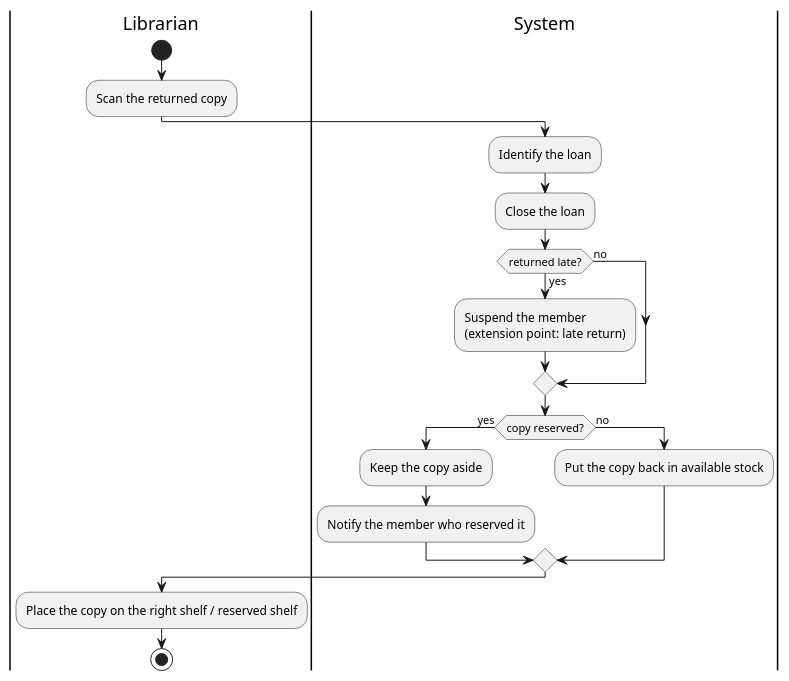
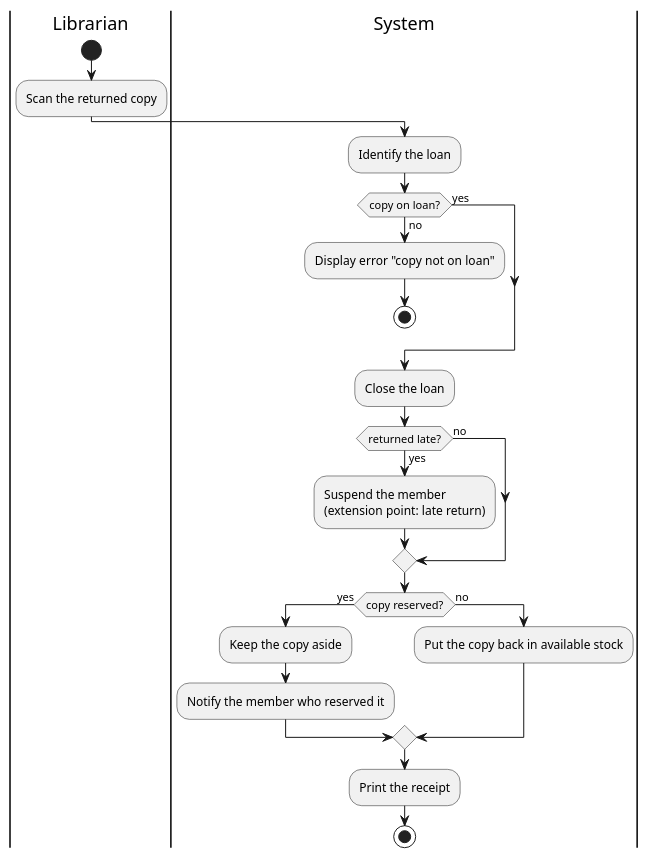
One commit to abdnnourgouadria-pixel/tp changed the diagram in docs/uml/register-return-activity.puml. Above: the diagram before and after it, drawn with PlantUML. The commit also changed 10 other files, not shown here.

Commit message:
Update UML files and screenshots

```diff
--- a/docs/uml/register-return-activity.puml
+++ b/docs/uml/register-return-activity.puml
@@ -1,21 +1,25 @@
 @startuml
 |Librarian|
 start
 :Scan the returned copy;
 |System|
 :Identify the loan;
+if (copy on loan?) then (yes)
+else (no)
+  :Display error "copy not on loan";
+  stop
+endif
 :Close the loan;
 if (returned late?) then (yes)
   :Suspend the member\n(extension point: late return);
 else (no)
 endif
 if (copy reserved?) then (yes)
   :Keep the copy aside;
   :Notify the member who reserved it;
 else (no)
   :Put the copy back in available stock;
 endif
-|Librarian|
-:Place the copy on the right shelf / reserved shelf;
+:Print the receipt;
 stop
 @enduml
```
